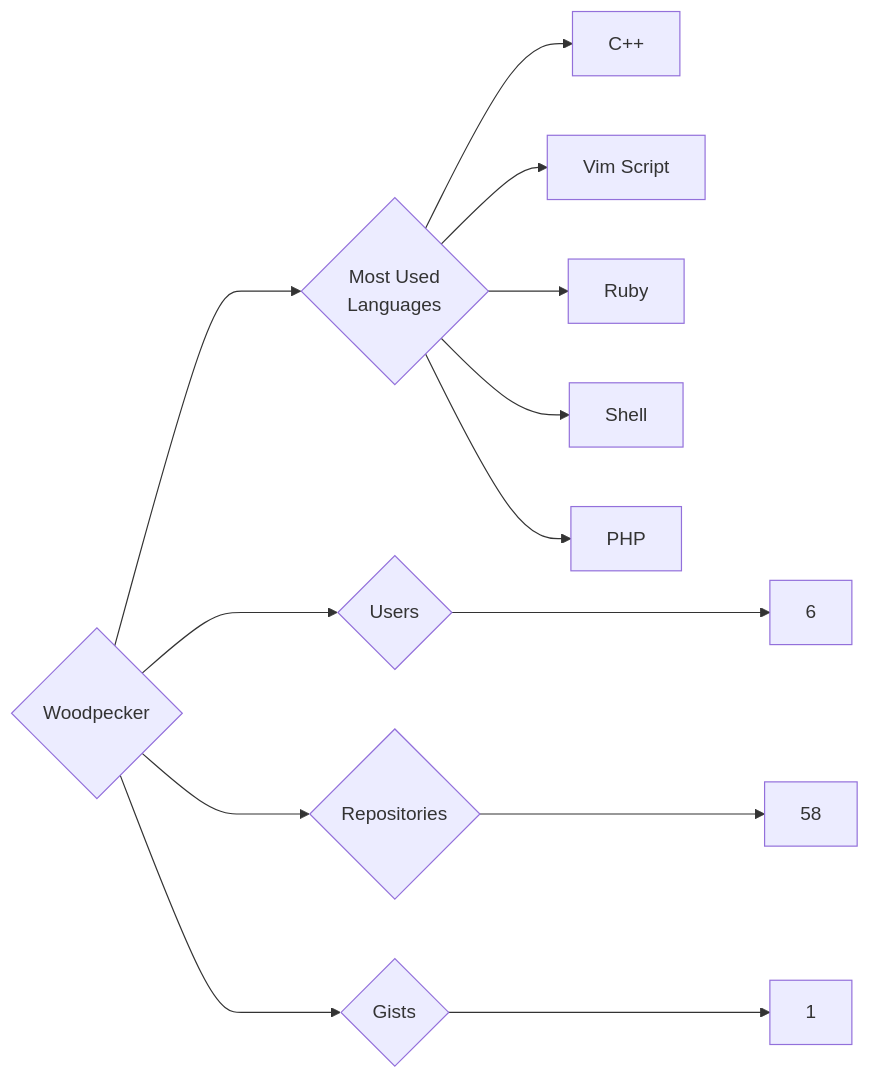
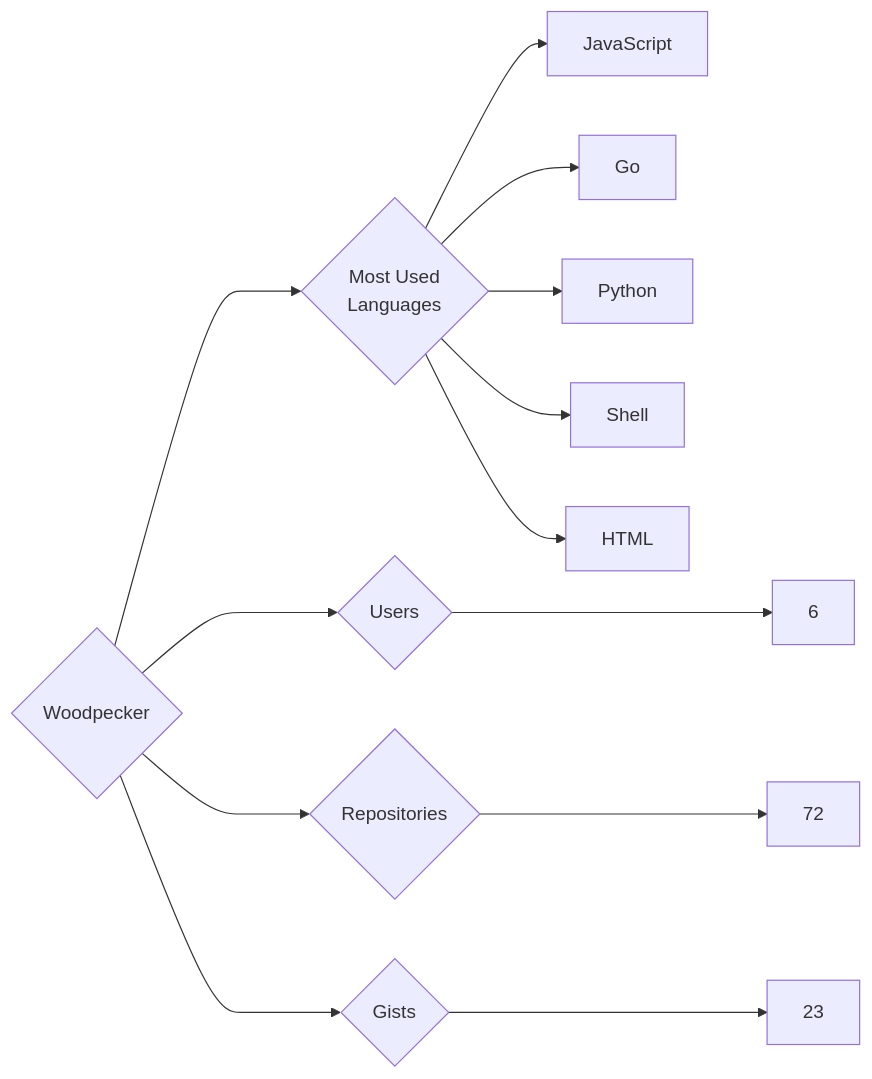
One commit to trickest/insiders changed the diagram in targets/Woodpecker/README.md. Above: the diagram before and after it, drawn with Mermaid. The commit also changed 1496 other files, not shown here.

````diff
--- a/targets/Woodpecker/README.md
+++ b/targets/Woodpecker/README.md
@@ -3,13 +3,13 @@
 ```mermaid
 graph LR
 COMPANY_NAME{Woodpecker}
 COMPANY_NAME ---> U{Users} ---> UN[6]
-COMPANY_NAME ---> R{Repositories} ---> RN[58]
-COMPANY_NAME ---> G{Gists} ---> GN[1]
+COMPANY_NAME ---> R{Repositories} ---> RN[72]
+COMPANY_NAME ---> G{Gists} ---> GN[23]
 COMPANY_NAME ---> ML{Most Used<br>Languages}
-ML --> C++[C++]
-ML --> Vim_Script[Vim Script]
-ML --> Ruby[Ruby]
+ML --> JavaScript[JavaScript]
+ML --> Go[Go]
+ML --> Python[Python]
 ML --> Shell[Shell]
-ML --> PHP[PHP]
+ML --> HTML[HTML]
 ```
````
